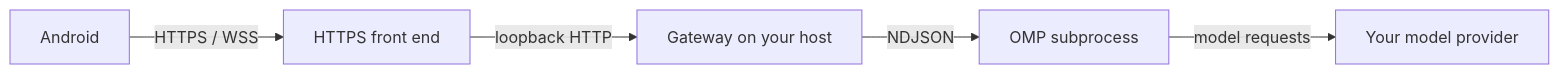
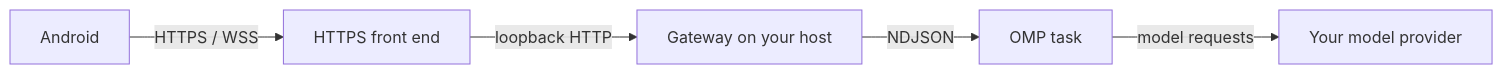
The diagram in README.md (3xian/PinkCollab), drawn with Mermaid before and after one commit. The commit also changed other lines of this file and 12 other files, not shown here.

````diff
--- a/README.md
+++ b/README.md
@@ -23,7 +31,7 @@
 ```mermaid
 flowchart LR
     A[Android] -->|HTTPS / WSS| T[HTTPS front end]
     T -->|loopback HTTP| B[Gateway on your host]
-    B -->|NDJSON| C[OMP subprocess]
+    B -->|NDJSON| C[OMP task]
     C -->|model requests| P[Your model provider]
 ```
````
